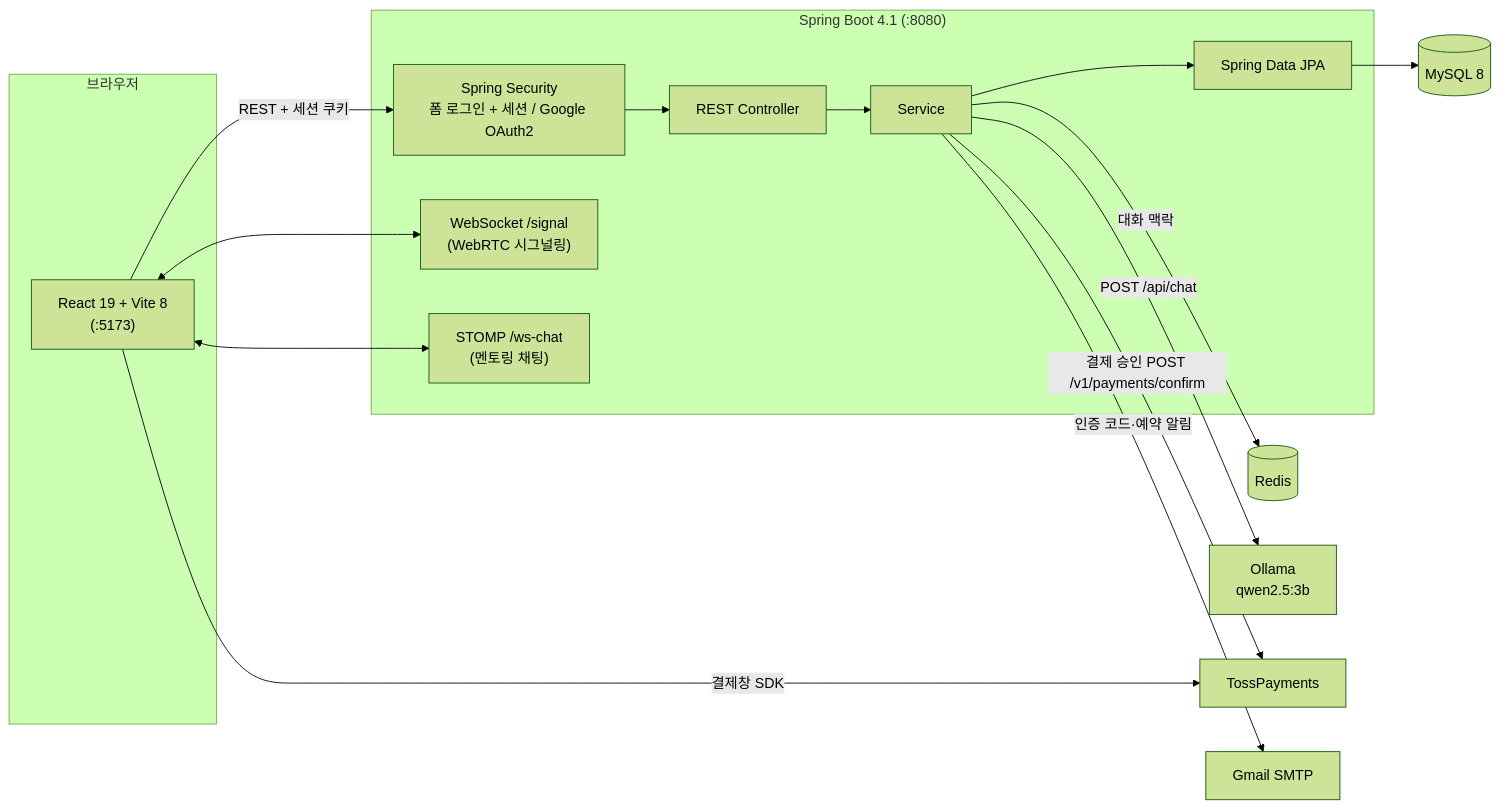
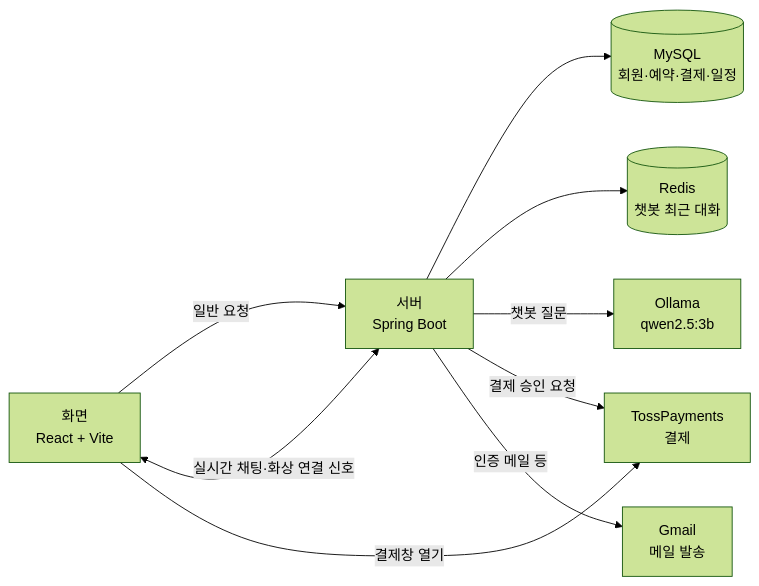
The first of 2 diagrams in docs/ARCHITECTURE.md (NullTTa/easys), drawn with Mermaid (forest theme) before and after one commit. The commit also changed other lines of this file and 4 other files, not shown here.

````diff
--- a/docs/ARCHITECTURE.md
+++ b/docs/ARCHITECTURE.md
@@ -5,28 +6,19 @@
 ```mermaid
 flowchart LR
-    subgraph Client["브라우저"]
-        FE["React 19 + Vite 8<br/>(:5173)"]
-    end
-    subgraph Server["Spring Boot 4.1 (:8080)"]
-        SEC["Spring Security<br/>폼 로그인 + 세션 / Google OAuth2"]
-        API["REST Controller"]
-        WS["WebSocket /signal<br/>(WebRTC 시그널링)"]
-        STOMP["STOMP /ws-chat<br/>(멘토링 채팅)"]
-        SVC["Service"]
-        REPO["Spring Data JPA"]
-    end
-    DB[("MySQL 8")]
-    RD[("Redis")]
-    OL["Ollama<br/>qwen2.5:3b"]
-    TP["TossPayments"]
-    SMTP["Gmail SMTP"]
+    FE["화면<br/>React + Vite"]
+    BE["서버<br/>Spring Boot"]
+    DB[("MySQL<br/>회원·예약·결제·일정")]
+    RD[("Redis<br/>챗봇 최근 대화")]
+    AI["Ollama<br/>qwen2.5:3b"]
+    TOSS["TossPayments<br/>결제"]
+    MAIL["Gmail<br/>메일 발송"]
 
-    FE -->|"REST + 세션 쿠키"| SEC --> API --> SVC --> REPO --> DB
-    FE <--> WS
-    FE <--> STOMP
-    SVC -->|"대화 맥락"| RD
-    SVC -->|"POST /api/chat"| OL
-    SVC -->|"결제 승인 POST /v1/payments/confirm"| TP
-    FE -->|"결제창 SDK"| TP
-    SVC -->|"인증 코드·예약 알림"| SMTP
+    FE -- "일반 요청" --> BE
+    FE <-- "실시간 채팅·화상 연결 신호" --> BE
+    FE -- "결제창 열기" --> TOSS
+    BE --> DB
+    BE --> RD
+    BE -- "챗봇 질문" --> AI
+    BE -- "결제 승인 요청" --> TOSS
+    BE -- "인증 메일 등" --> MAIL
 ```
````
